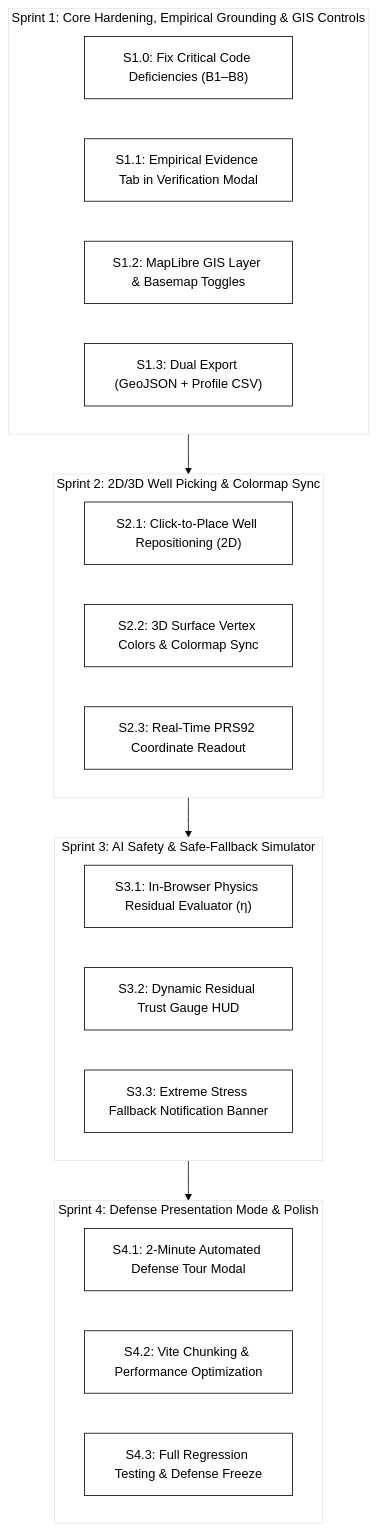
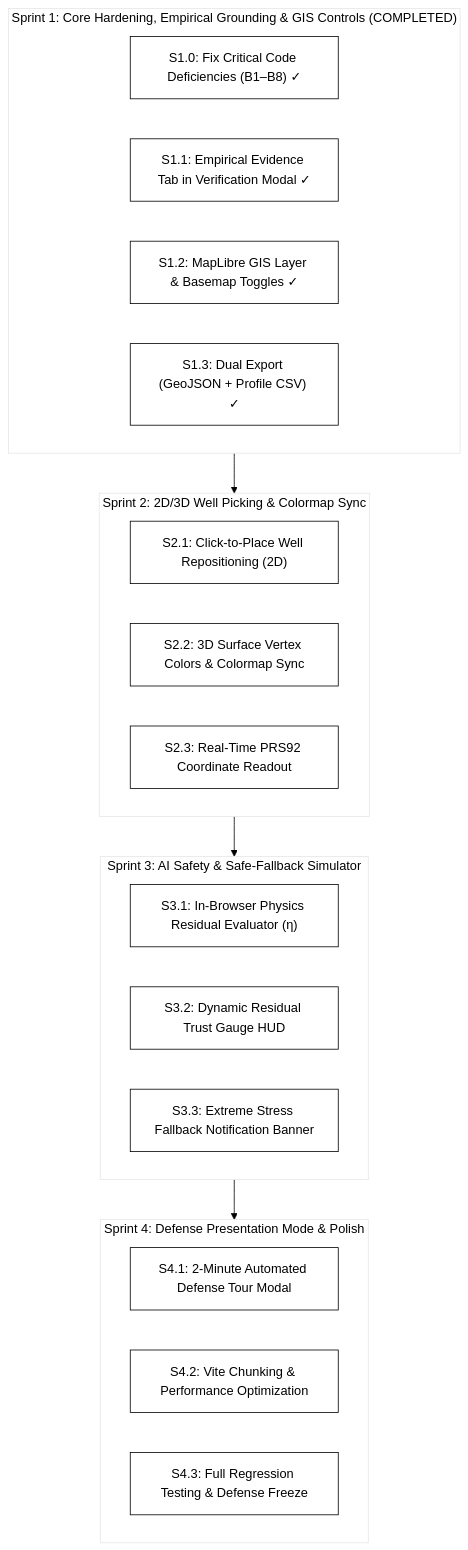
The diagram in docs/plans/SPRINT-PLAN.md (Thesis-Titans/aquifera-prototype), drawn with Mermaid before and after one commit. The commit also changed other lines of this file and 1 other file, not shown here.

Commit message:
docs(plan): mark Sprint 1 completed across engineering roadmap

````diff
--- a/docs/plans/SPRINT-PLAN.md
+++ b/docs/plans/SPRINT-PLAN.md
@@ -31,30 +31,30 @@
 ```mermaid
 %%{init: {'theme': 'base', 'themeVariables': {'primaryColor': '#ffffff', 'primaryTextColor': '#000000', 'primaryBorderColor': '#000000', 'lineColor': '#000000'}}}%%
 flowchart TD
-    subgraph SP1["Sprint 1: Core Hardening, Empirical Grounding & GIS Controls"]
-        T10["S1.0: Fix Critical Code Deficiencies (B1–B8)"]
-        T11["S1.1: Empirical Evidence Tab in Verification Modal"]
-        T12["S1.2: MapLibre GIS Layer & Basemap Toggles"]
-        T13["S1.3: Dual Export (GeoJSON + Profile CSV)"]
+    subgraph SP1["Sprint 1: Core Hardening, Empirical Grounding & GIS Controls (COMPLETED)"]
+        T10["S1.0: Fix Critical Code Deficiencies (B1–B8) ✓"]
+        T11["S1.1: Empirical Evidence Tab in Verification Modal ✓"]
+        T12["S1.2: MapLibre GIS Layer & Basemap Toggles ✓"]
+        T13["S1.3: Dual Export (GeoJSON + Profile CSV) ✓"]
     end
 
     subgraph SP2["Sprint 2: 2D/3D Well Picking & Colormap Sync"]
         T21["S2.1: Click-to-Place Well Repositioning (2D)"]
         T22["S2.2: 3D Surface Vertex Colors & Colormap Sync"]
         T23["S2.3: Real-Time PRS92 Coordinate Readout"]
     end
 
     subgraph SP3["Sprint 3: AI Safety & Safe-Fallback Simulator"]
         T31["S3.1: In-Browser Physics Residual Evaluator (η)"]
         T32["S3.2: Dynamic Residual Trust Gauge HUD"]
         T33["S3.3: Extreme Stress Fallback Notification Banner"]
     end
 
     subgraph SP4["Sprint 4: Defense Presentation Mode & Polish"]
         T41["S4.1: 2-Minute Automated Defense Tour Modal"]
         T42["S4.2: Vite Chunking & Performance Optimization"]
         T43["S4.3: Full Regression Testing & Defense Freeze"]
     end
 
     SP1 --> SP2 --> SP3 --> SP4
 ```
````
